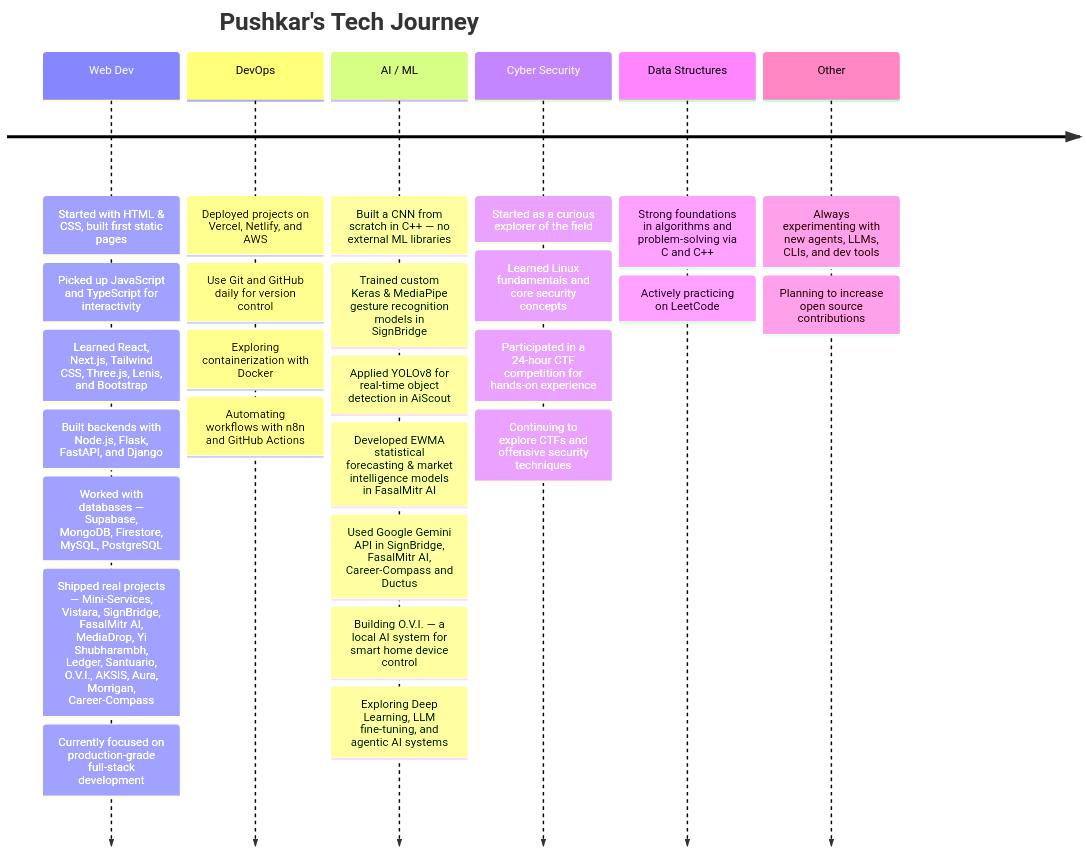
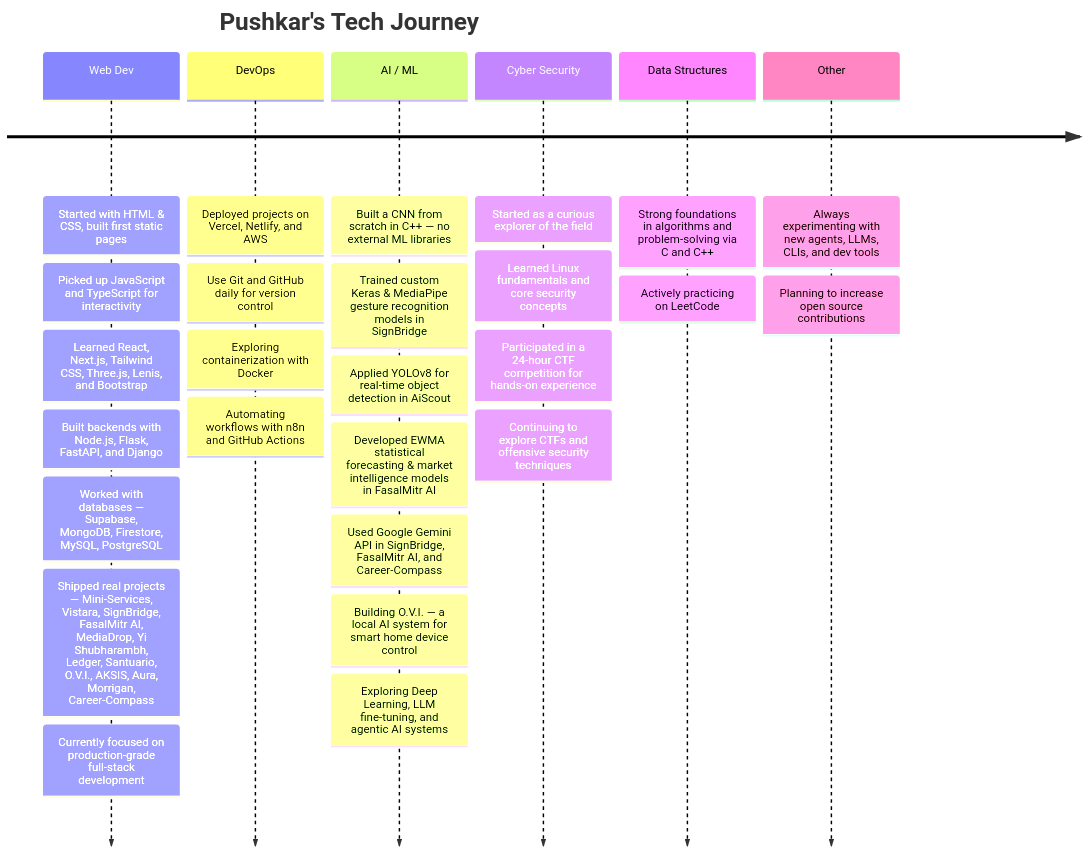
Before and after one commit to pushkar156/pushkar156: the diagram in README.md, drawn with Mermaid. The commit also changed other lines of this file, not shown here.

Commit message:
docs: remove private repositories (Ductus & PhotoNarrator) from README

````diff
--- a/README.md
+++ b/README.md
@@ -332,36 +303,36 @@
 ```mermaid
 timeline
     title Pushkar's Tech Journey
     Web Dev
         : Started with HTML & CSS, built first static pages
         : Picked up JavaScript and TypeScript for interactivity
         : Learned React, Next.js, Tailwind CSS, Three.js, Lenis, and Bootstrap
         : Built backends with Node.js, Flask, FastAPI, and Django
         : Worked with databases — Supabase, MongoDB, Firestore, MySQL, PostgreSQL
         : Shipped real projects — Mini-Services, Vistara, SignBridge, FasalMitr AI, MediaDrop, Yi Shubharambh, Ledger, Santuario, O.V.I., AKSIS, Aura, Morrigan, Career-Compass
         : Currently focused on production-grade full-stack development
     DevOps
         : Deployed projects on Vercel, Netlify, and AWS
         : Use Git and GitHub daily for version control
         : Exploring containerization with Docker
         : Automating workflows with n8n and GitHub Actions
     AI / ML
         : Built a CNN from scratch in C++ — no external ML libraries
         : Trained custom Keras & MediaPipe gesture recognition models in SignBridge
         : Applied YOLOv8 for real-time object detection in AiScout
         : Developed EWMA statistical forecasting & market intelligence models in FasalMitr AI
-        : Used Google Gemini API in SignBridge, FasalMitr AI, Career-Compass and Ductus
+        : Used Google Gemini API in SignBridge, FasalMitr AI, and Career-Compass
         : Building O.V.I. — a local AI system for smart home device control
         : Exploring Deep Learning, LLM fine-tuning, and agentic AI systems
     Cyber Security
         : Started as a curious explorer of the field
         : Learned Linux fundamentals and core security concepts
         : Participated in a 24-hour CTF competition for hands-on experience
         : Continuing to explore CTFs and offensive security techniques
     Data Structures
         : Strong foundations in algorithms and problem-solving via C and C++
         : Actively practicing on LeetCode
     Other
         : Always experimenting with new agents, LLMs, CLIs, and dev tools
         : Planning to increase open source contributions
 ```
````
